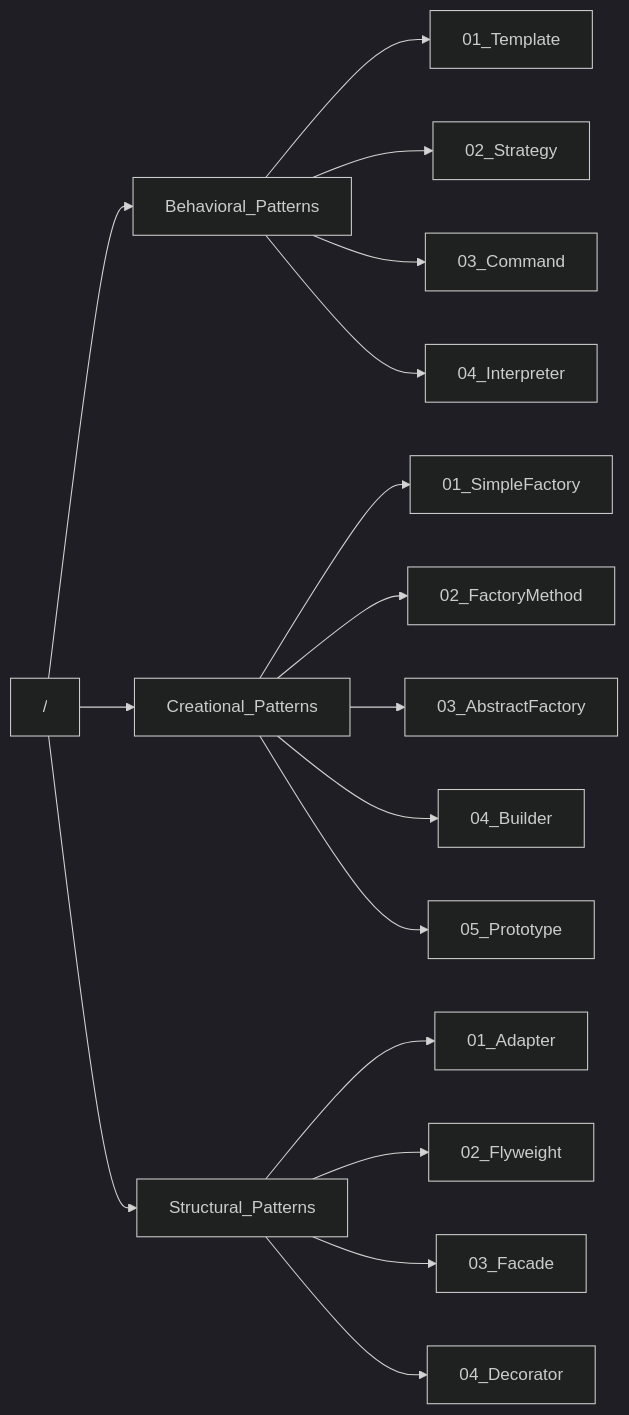
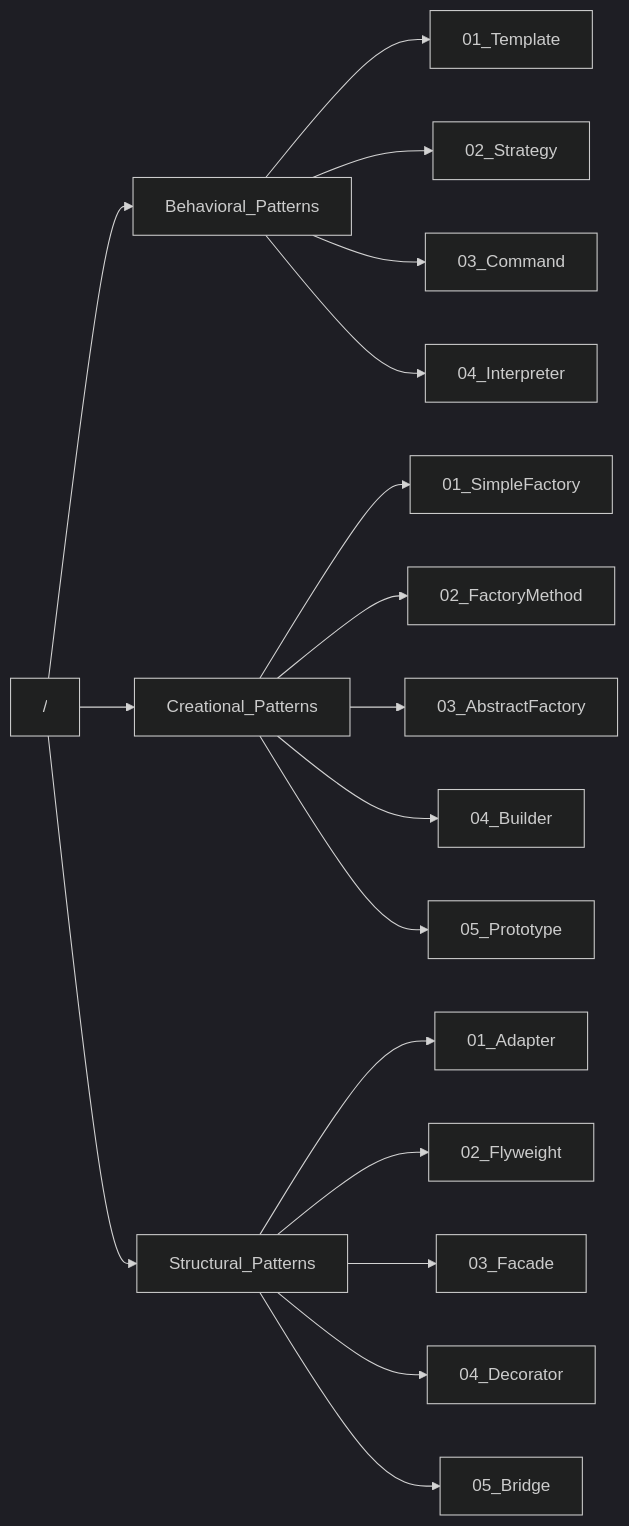
One commit to Wwwmmxxx/design-pattern changed the diagram in README.md. Above: the diagram before and after it, drawn with Mermaid (dark theme). The commit also changed other lines of this file and 6 other files, not shown here.

````diff
--- a/README.md
+++ b/README.md
@@ -9,22 +9,23 @@
 ```mermaid
 graph LR;
 
 / --> Behavioral_Patterns
 Behavioral_Patterns --> 01_Template
 Behavioral_Patterns --> 02_Strategy
 Behavioral_Patterns --> 03_Command
 Behavioral_Patterns --> 04_Interpreter
 
 / --> Creational_Patterns
 Creational_Patterns --> 01_SimpleFactory
 Creational_Patterns --> 02_FactoryMethod
 Creational_Patterns --> 03_AbstractFactory
 Creational_Patterns --> 04_Builder
 Creational_Patterns --> 05_Prototype
 
 / --> Structural_Patterns
 Structural_Patterns --> 01_Adapter
 Structural_Patterns --> 02_Flyweight
 Structural_Patterns --> 03_Facade
 Structural_Patterns --> 04_Decorator
+Structural_Patterns --> 05_Bridge
 ```
````
